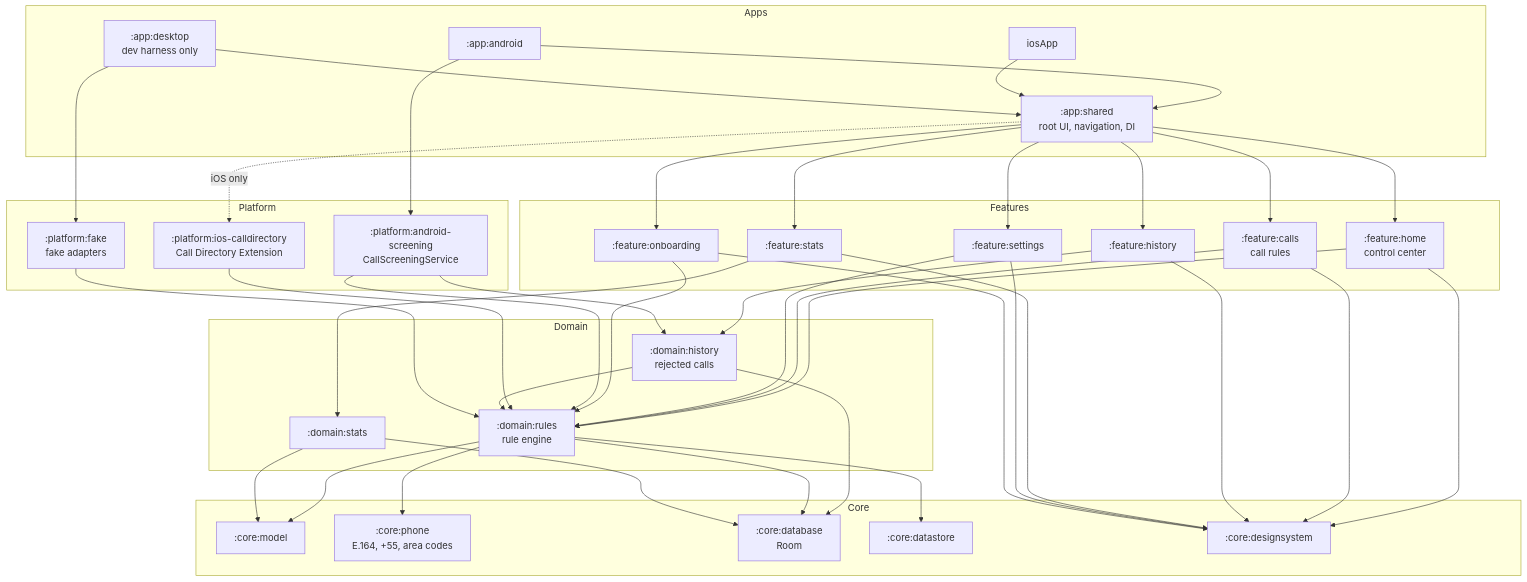
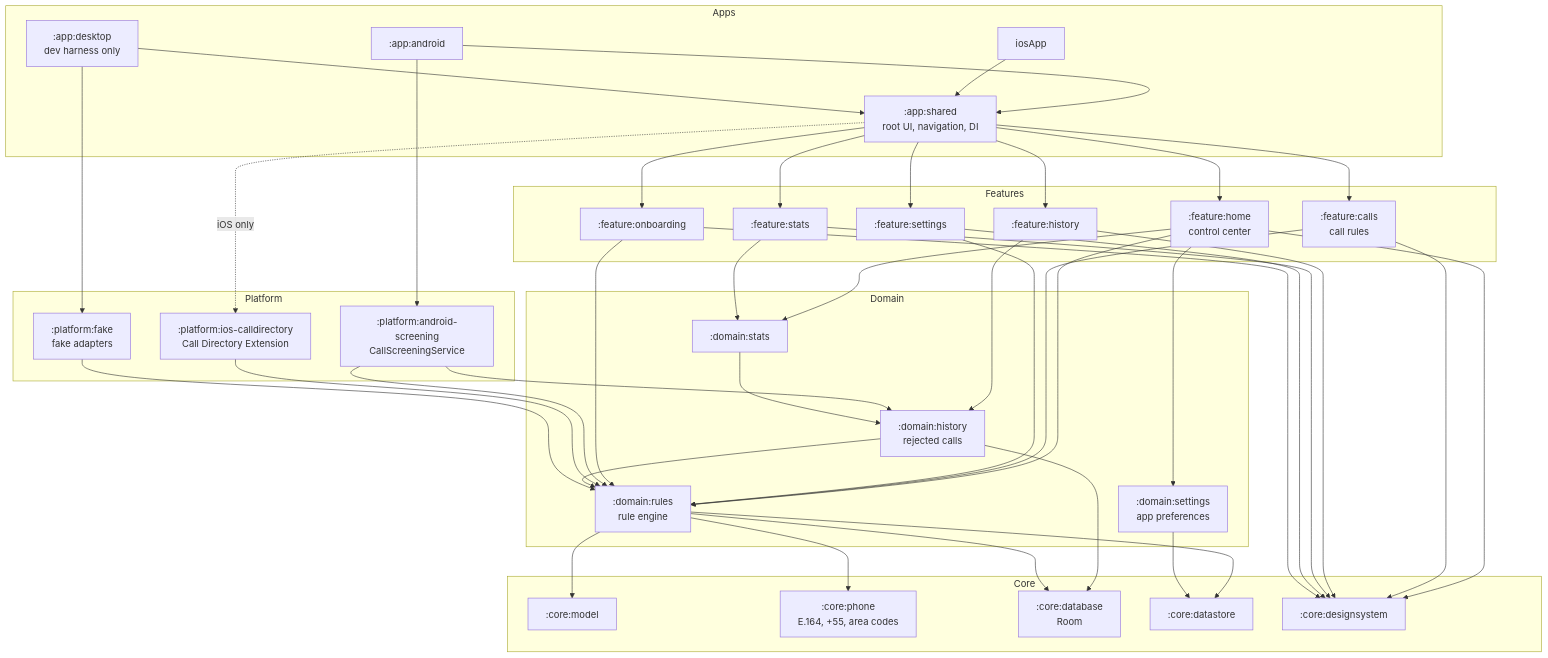
The first of 2 diagrams in docs/architecture.md (JaguarSurf/knobly), drawn with Mermaid before and after one commit. The commit also changed other lines of this file and 46 other files, not shown here.

````diff
--- a/docs/architecture.md
+++ b/docs/architecture.md
@@ -14,57 +14,60 @@
 ```mermaid
 flowchart TD
     subgraph Apps
         AA[":app:android"]
         IA["iosApp"]
         AD[":app:desktop<br/>dev harness only"]
         AS[":app:shared<br/>root UI, navigation, DI"]
     end
 
     subgraph Features
         FHome[":feature:home<br/>control center"]
         FC[":feature:calls<br/>call rules"]
         FH[":feature:history"]
         FS[":feature:stats"]
         FSet[":feature:settings"]
         FO[":feature:onboarding"]
     end
 
     subgraph Domain
         DR[":domain:rules<br/>rule engine"]
         DH[":domain:history<br/>rejected calls"]
+        DSet[":domain:settings<br/>app preferences"]
         DS[":domain:stats"]
     end
 
     subgraph Core
         CM[":core:model"]
         CP[":core:phone<br/>E.164, +55, area codes"]
         CD[":core:database<br/>Room"]
         CDS[":core:datastore"]
         CDes[":core:designsystem"]
     end
 
     subgraph Platform
         PA[":platform:android-screening<br/>CallScreeningService"]
         PI[":platform:ios-calldirectory<br/>Call Directory Extension"]
         PF[":platform:fake<br/>fake adapters"]
     end
 
     AA & IA & AD --> AS
     AS --> FHome & FC & FH & FS & FSet & FO
     AA --> PA
     AS -. iOS only .-> PI
     AD --> PF
 
     FHome & FC & FSet & FO --> DR
     FH --> DH
+    FHome --> DS & DSet
     FS --> DS
     FHome & FC & FH & FS & FSet & FO --> CDes
 
     PA --> DR & DH
     PI --> DR
     DH --> DR & CD
 
     DR --> CM & CP & CD & CDS
-    DS --> CM & CD
+    DS --> DH
+    DSet --> CDS
     PF --> DR
 ```
````
